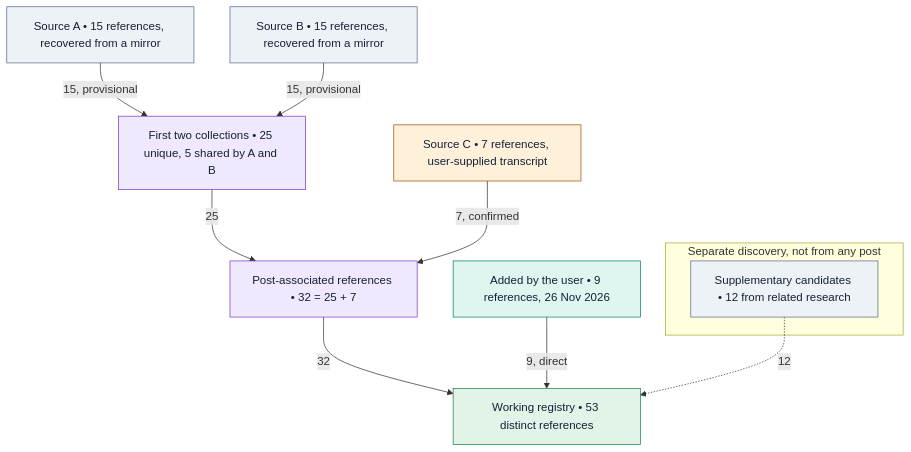
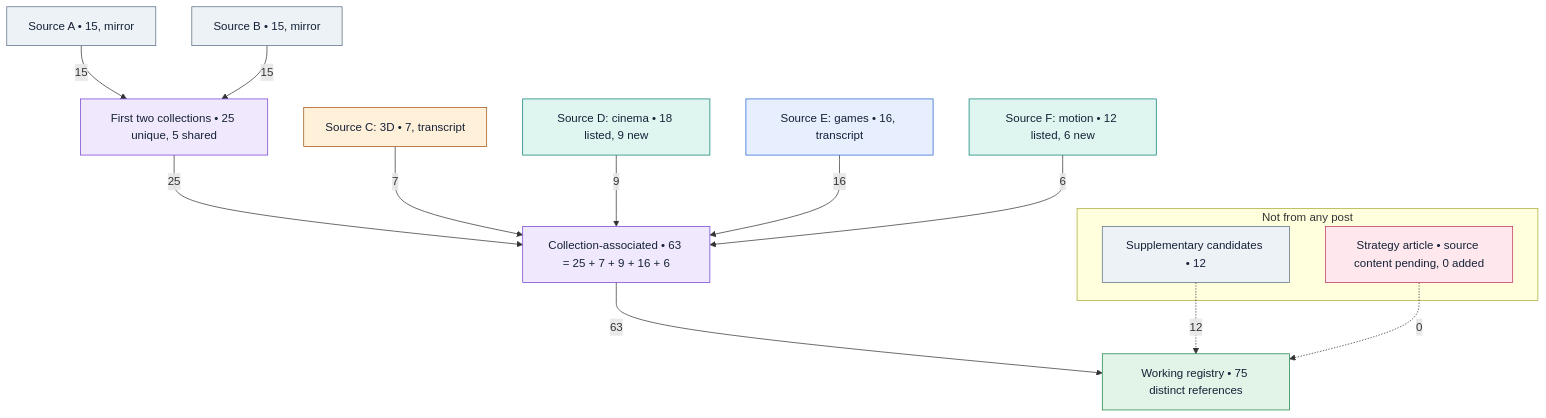
One commit to interplanetarycriminal/simlish changed the diagram in docs/ai-creative-stack/docs/diagrams/collection-provenance.mmd. Above: the diagram before and after it, drawn with Mermaid. The commit also changed 235 other files, not shown here.

First line of the commit message:
Integrate V7: 75 numbered references, games, expressive motion, strategy layer

```diff
--- a/docs/ai-creative-stack/docs/diagrams/collection-provenance.mmd
+++ b/docs/ai-creative-stack/docs/diagrams/collection-provenance.mmd
@@ -1,28 +1,38 @@
 %% render: auto
 %% title: Collection provenance
-%% desc: Where the 53 working references came from. A and B attribution is provisional; the user's additions and the supplementary group come from no post.
+%% desc: Six posts and one research list give 75 references. A and B are provisional; the strategy article added none.
 flowchart TD
-    SA["Source A • 15 references, recovered from a mirror"]:::slate
-    SB["Source B • 15 references, recovered from a mirror"]:::slate
-    SC["Source C • 7 references, user-supplied transcript"]:::amber
-    SD["Added by the user • 9 references, 26 Nov 2026"]:::teal
-    U["First two collections • 25 unique, 5 shared by A and B"]:::purple
-    T["Post-associated references • 32 = 25 + 7"]:::purple
-    subgraph SUP ["Separate discovery, not from any post"]
-    S["Supplementary candidates • 12 from related research"]:::slate
+    %% rank: SE 1
+    %% rank: SF 1
+    %% rank: S 2
+    %% rank: P 2
+    SA["Source A • 15, mirror"]:::slate
+    SB["Source B • 15, mirror"]:::slate
+    SC["Source C: 3D • 7, transcript"]:::amber
+    SD["Source D: cinema • 18 listed, 9 new"]:::teal
+    SE["Source E: games • 16, transcript"]:::blue
+    SF["Source F: motion • 12 listed, 6 new"]:::teal
+    U["First two collections • 25 unique, 5 shared"]:::purple
+    T["Collection-associated • 63 = 25 + 7 + 9 + 16 + 6"]:::purple
+    subgraph SUP ["Not from any post"]
+    S["Supplementary candidates • 12"]:::slate
+    P["Strategy article • source content pending, 0 added"]:::rose
     end
-    W["Working registry • 53 distinct references"]:::green
-    SA -->|15, provisional| U
-    SB -->|15, provisional| U
+    W["Working registry • 75 distinct references"]:::green
+    SA -->|15| U
+    SB -->|15| U
     U -->|25| T
-    SC -->|7, confirmed| T
-    T -->|32| W
-    SD -->|9, direct| W
+    SC -->|7| T
+    SD -->|9| T
+    SE -->|16| T
+    SF -->|6| T
+    T -->|63| W
     S -.->|12| W
+    P -.->|0| W
     classDef slate fill:#edf2f7,stroke:#596b84,color:#142137
     classDef purple fill:#f0e8fc,stroke:#733ed0,color:#142137
     classDef blue fill:#e7effe,stroke:#2363cf,color:#142137
     classDef amber fill:#fff0da,stroke:#a05212,color:#142137
     classDef teal fill:#dff6f0,stroke:#087d73,color:#142137
     classDef rose fill:#fee8ed,stroke:#bf315c,color:#142137
     classDef green fill:#e1f4e7,stroke:#198047,color:#142137
```
